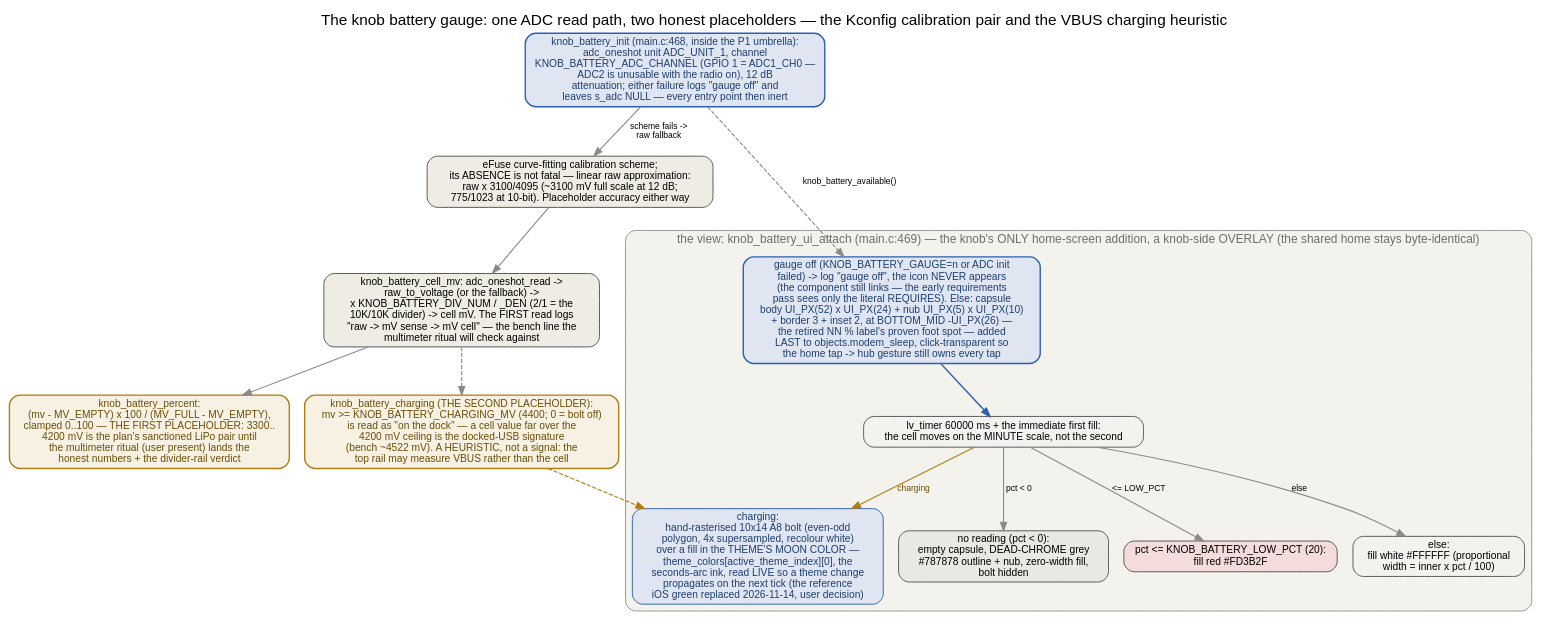
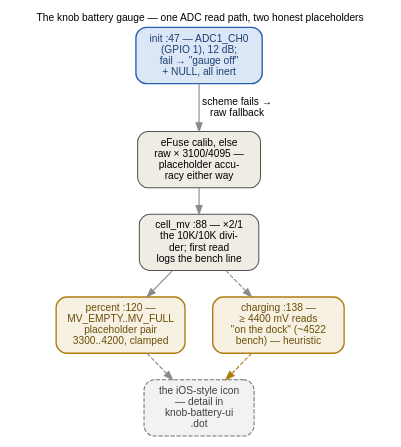
The diagram in docs/_graphs/knob-battery.dot (ukos-git/moon-clock-esp), drawn with Graphviz before and after one commit. The commit also changed 36 other files, not shown here.

First line of the commit message:
docs: sibling B13 completion snapshot — the packed small set rebuilt, closing the graph atlas

```diff
--- a/docs/_graphs/knob-battery.dot
+++ b/docs/_graphs/knob-battery.dot
@@ -1,74 +1,66 @@
-// The knob battery gauge: ADC1 ch0 behind the 10K/10K divider, the
-// fuse-calibrated read with its raw fallback, the placeholder-percent
-// linear map, the docked-VBUS charging heuristic, and the iOS-style
-// icon's four states on the one-minute tick. Every edge verified in
+// The knob battery gauge — black-box view: one ADC read path, two
+// honest placeholders — the Kconfig calibration pair and the VBUS
+// charging heuristic. Every edge verified in
 // knob/components/knob_battery/knob_battery.c (init :47, cell_mv :88,
 // percent :120, charging :138) and knob/components/knob_ui/
 // knob_battery_ui.c (attach :157, timer_cb :127, geometry + palette
 // defines :52-70), with the attach sites at knob/main/main.c:468-469.
-// The hardware side (pin, divider, rail ambiguity) is docs/_graphs/
-// knob-wiring.dot; the bench verdict (multimeter ritual, 4522 mV dock
-// signature) is docs/devices/knob.rst.
+// The read path: knob_battery_init (main.c:468, inside the P1 umbrella)
+// — adc_oneshot unit ADC_UNIT_1, channel KNOB_BATTERY_ADC_CHANNEL
+// (GPIO 1 = ADC1_CH0 — ADC2 is unusable with the radio on), 12 dB
+// attenuation; either failure logs "gauge off" and leaves s_adc NULL —
+// every entry point then inert. eFuse curve-fitting calibration scheme;
+// its ABSENCE is not fatal — linear raw approximation: raw x
+// 3100/4095 (~3100 mV full scale at 12 dB; 775/1023 at 10-bit);
+// placeholder accuracy either way. knob_battery_cell_mv:
+// adc_oneshot_read -> raw_to_voltage (or the fallback) -> x
+// KNOB_BATTERY_DIV_NUM/_DEN (2/1 = the 10K/10K divider) -> cell mV;
+// the FIRST read logs "raw -> mV sense -> mV cell" — the bench line the
+// multimeter ritual checks against. THE FIRST PLACEHOLDER:
+// knob_battery_percent (mv - MV_EMPTY) x 100 / (MV_FULL - MV_EMPTY),
+// clamped 0..100 — 3300..4200 mV is the plan's sanctioned LiPo pair
+// until the multimeter ritual lands the honest numbers. THE SECOND
+// PLACEHOLDER: knob_battery_charging — mv >=
+// KNOB_BATTERY_CHARGING_MV (4400; 0 = bolt off) is read as "on the
+// dock": a cell far over the 4200 mV ceiling is the docked-USB
+// signature (bench ~4522 mV) — a HEURISTIC, not a signal, because the
+// top rail may measure VBUS rather than the cell.
+// The hardware side (pin, divider, rail ambiguity) is
+// docs/_graphs/knob-wiring.dot; the bench verdict (multimeter ritual,
+// 4522 mV dock signature) is docs/devices/knob.rst; the iOS-style
+// icon's four states on the one-minute tick are knob-battery-ui.dot.
+// FONTS: 12 pt = the page's 16 px body text at 1:1 — kept inside the
+// content column.
 // Rendered inline as SVG by sphinx.ext.graphviz (dot on PATH).
 digraph knob_battery {
-    label="The knob battery gauge: one ADC read path, two honest placeholders — the Kconfig calibration pair and the VBUS charging heuristic";
-    labelloc="t";
-    fontname="Helvetica"; fontsize=18;
-    node [fontname="Helvetica", fontsize=12, style="rounded,filled",
-          shape=box, width=1.9, height=0.5,
-          fillcolor="#f2f2ef", color="#525252", penwidth=1.1];
-    edge [fontname="Helvetica", fontsize=10, color="#8a8a8a", penwidth=1.3];
+    rankdir=TB;
+    label="The knob battery gauge — one ADC read path, two honest placeholders";
+    labelloc="t"; labeljust="c";
+    fontname="Helvetica"; fontsize=12;
+    graph [nodesep=0.45, ranksep=0.4];
+    node [fontname="Helvetica", fontsize=12, shape=box, style="rounded,filled",
+          width=0, height=0, margin="0.16,0.10", fillcolor="#f2f2ef",
+          color="#525252", penwidth=1.2];
+    edge [fontname="Helvetica", fontsize=12, color="#8a8a8a", penwidth=1.3];
 
-    init [label="knob_battery_init (main.c:468, inside the P1 umbrella):\nadc_oneshot unit ADC_UNIT_1, channel\nKNOB_BATTERY_ADC_CHANNEL (GPIO 1 = ADC1_CH0 —\nADC2 is unusable with the radio on), 12 dB\nattenuation; either failure logs \"gauge off\" and\nleaves s_adc NULL — every entry point then inert",
-          fillcolor="#dfe6f1", color="#2b5fb0", fontcolor="#1e3f70", penwidth=1.6];
+    init [label="init :47 — ADC1_CH0\n(GPIO 1), 12 dB;\nfail → \"gauge off\"\n+ NULL, all inert",
+          fillcolor="#dbe7f6", color="#2b5fb0", fontcolor="#1e3f70", penwidth=1.6];
+    cali [label="eFuse calib, else\nraw × 3100/4095 —\nplaceholder accu-\nracy either way",
+          fillcolor="#efece4"];
+    cell [label="cell_mv :88 — ×2/1\nthe 10K/10K divi-\nder; first read\nlogs the bench line",
+          fillcolor="#efece4"];
+    pct [label="percent :120 —\nMV_EMPTY..MV_FULL\nplaceholder pair\n3300..4200, clamped",
+         fillcolor="#f6f1e2", color="#b07d10", fontcolor="#6b4e08", penwidth=1.6];
+    chg [label="charging :138 —\n≥ 4400 mV reads\n\"on the dock\" (~4522\nbench) — heuristic",
+         fillcolor="#f6f1e2", color="#b07d10", fontcolor="#6b4e08", penwidth=1.6];
+    view [label="the iOS-style icon\n— detail in\nknob-battery-ui\n.dot",
+          style="rounded,filled,dashed", fillcolor="#f2f2f2", color="#6b7280",
+          fontcolor="#3f3f3f"];
 
-    cali [label="eFuse curve-fitting calibration scheme;\nits ABSENCE is not fatal — linear raw approximation:\nraw x 3100/4095 (~3100 mV full scale at 12 dB;\n775/1023 at 10-bit). Placeholder accuracy either way",
-           fillcolor="#efece4"];
-
-    cell [label="knob_battery_cell_mv: adc_oneshot_read ->\nraw_to_voltage (or the fallback) ->\nx KNOB_BATTERY_DIV_NUM / _DEN (2/1 = the\n10K/10K divider) -> cell mV. The FIRST read logs\n\"raw -> mV sense -> mV cell\" — the bench line the\nmultimeter ritual will check against",
-           fillcolor="#efece4"];
-
-    pct [label="knob_battery_percent:\n(mv - MV_EMPTY) x 100 / (MV_FULL - MV_EMPTY),\nclamped 0..100 — THE FIRST PLACEHOLDER: 3300..\n4200 mV is the plan's sanctioned LiPo pair until\nthe multimeter ritual (user present) lands the\nhonest numbers + the divider-rail verdict",
-         fillcolor="#f6f1e2", color="#b07d10", fontcolor="#6b4e08", penwidth=1.6];
-
-    chg [label="knob_battery_charging (THE SECOND PLACEHOLDER):\nmv >= KNOB_BATTERY_CHARGING_MV (4400; 0 = bolt off)\nis read as \"on the dock\" — a cell value far over the\n4200 mV ceiling is the docked-USB signature\n(bench ~4522 mV). A HEURISTIC, not a signal: the\ntop rail may measure VBUS rather than the cell",
-           fillcolor="#f6f1e2", color="#b07d10", fontcolor="#6b4e08", penwidth=1.6];
-
-    subgraph cluster_ui {
-        label="the view: knob_battery_ui_attach (main.c:469) — the knob's ONLY home-screen addition, a knob-side OVERLAY (the shared home stays byte-identical)";
-        labeljust="l";
-        style="rounded,filled";
-        fillcolor="#f4f2ec";
-        color="#8a8a8a";
-        fontsize=14; fontcolor="#6e6e6e";
-
-        attach [label="gauge off (KNOB_BATTERY_GAUGE=n or ADC init\nfailed) -> log \"gauge off\", the icon NEVER appears\n(the component still links — the early requirements\npass sees only the literal REQUIRES). Else: capsule\nbody UI_PX(52) x UI_PX(24) + nub UI_PX(5) x UI_PX(10)\n+ border 3 + inset 2, at BOTTOM_MID -UI_PX(26) —\nthe retired NN % label's proven foot spot — added\nLAST to objects.modem_sleep, click-transparent so\nthe home tap -> hub gesture still owns every tap",
-                 fillcolor="#dfe6f1", color="#2b5fb0", fontcolor="#1e3f70", penwidth=1.6];
-
-        timer [label="lv_timer 60000 ms + the immediate first fill:\nthe cell moves on the MINUTE scale, not the second"];
-
-        s_dead [label="no reading (pct < 0):\nempty capsule, DEAD-CHROME grey\n#787878 outline + nub, zero-width fill,\nbolt hidden",
-                 fillcolor="#e8e8e4"];
-
-        s_charging [label="charging:\nhand-rasterised 10x14 A8 bolt (even-odd\npolygon, 4x supersampled, recolour white)\nover a fill in the THEME'S MOON COLOR —\ntheme_colors[active_theme_index][0], the\nseconds-arc ink, read LIVE so a theme change\npropagates on the next tick (the reference\niOS green replaced 2026-11-14, user decision)",
-                     fillcolor="#dfe6f1", color="#2b5fb0", fontcolor="#1e3f70"];
-
-        s_low [label="pct <= KNOB_BATTERY_LOW_PCT (20):\nfill red #FD3B2F",
-               fillcolor="#f4dcdc"];
-
-        s_ok [label="else:\nfill white #FFFFFF (proportional\nwidth = inner x pct / 100)",
-               fillcolor="#f2f2ef"];
-    }
-
-    init -> cali [label="scheme fails ->\nraw fallback"];
+    init -> cali [label="scheme fails →\nraw fallback"];
     cali -> cell;
     cell -> pct;
     cell -> chg [style=dashed];
-    init -> attach [style=dashed, label="knob_battery_available()"];
-    attach -> timer [color="#2b5fb0", penwidth=1.6];
-    timer -> s_dead [label="pct < 0"];
-    timer -> s_charging [color="#b07d10", fontcolor="#6b4e08", label="charging"];
-    timer -> s_low [label="<= LOW_PCT"];
-    timer -> s_ok [label="else"];
-    chg -> s_charging [color="#b07d10", fontcolor="#6b4e08", style=dashed];
+    pct -> view [style=dashed];
+    chg -> view [style=dashed, color="#b07d10"];
 }
```
